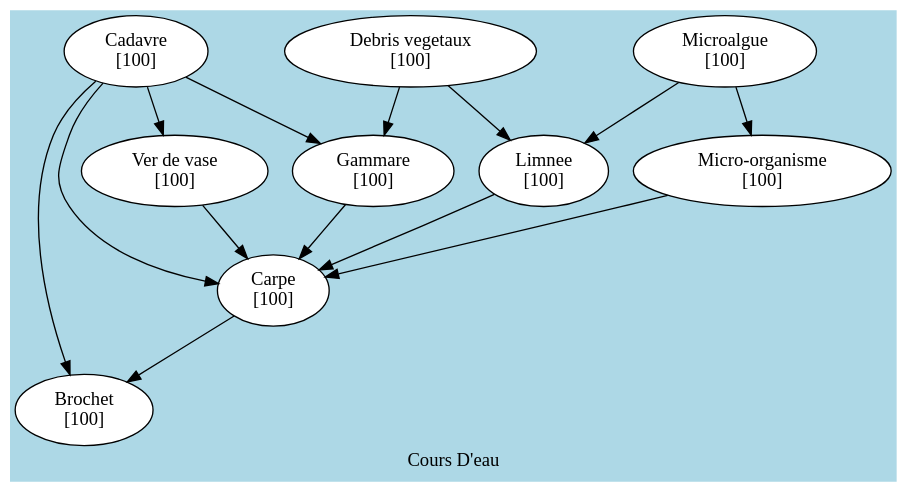
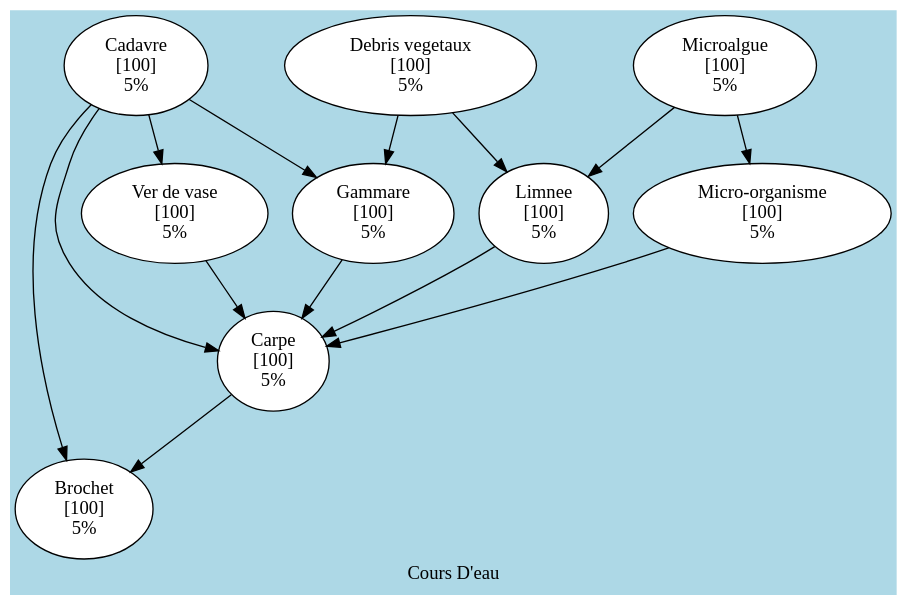
Before and after one commit to GTHBgaby/4H-ReseauxTrophiques: the diagram in GrapheDOT/cours_d_eau.dot, drawn with Graphviz. The commit also changed 3 other files, not shown here.

```diff
--- a/GrapheDOT/cours_d_eau.dot
+++ b/GrapheDOT/cours_d_eau.dot
@@ -1,45 +1,45 @@
 digraph multigraphe {
     rankdir=TB; // du haut vers le bas
     compound=true;
     newrank=true;
 
     label = "Cours D'eau"
     bgcolor = "lightblue";
     node [shape=ellipse, style=filled, fillcolor=white];
 
-    "Limnee" [label="Limnee\n[100]"]
-    "Debris vegetaux" [label="Debris vegetaux\n[100]"]
-    "Gammare" [label="Gammare\n[100]"]
-    "Micro-organisme" [label="Micro-organisme\n[100]"]
-    "Microalgue" [label="Microalgue\n[100]"]
-    "Ver de vase" [label="Ver de vase\n[100]"]
-    "Cadavre" [label="Cadavre\n[100]"]
-    "Carpe" [label="Carpe\n[100]"]
-    "Brochet" [label="Brochet\n[100]"]
+    "Limnee" [label="Limnee\n[100]\n5%"]
+    "Debris vegetaux" [label="Debris vegetaux\n[100]\n5%"]
+    "Gammare" [label="Gammare\n[100]\n5%"]
+    "Micro-organisme" [label="Micro-organisme\n[100]\n5%"]
+    "Microalgue" [label="Microalgue\n[100]\n5%"]
+    "Ver de vase" [label="Ver de vase\n[100]\n5%"]
+    "Cadavre" [label="Cadavre\n[100]\n5%"]
+    "Carpe" [label="Carpe\n[100]\n5%"]
+    "Brochet" [label="Brochet\n[100]\n5%"]
 
     "Debris vegetaux" ->"Limnee"
     "Debris vegetaux"->"Gammare"
 
      "Microalgue"->"Micro-organisme"
      "Microalgue" ->"Limnee"
 
      "Cadavre" ->"Ver de vase"
     "Cadavre" ->"Gammare"
      "Cadavre"->"Carpe"
      "Cadavre"->"Brochet"
      "Ver de vase"->"Carpe"
     "Micro-organisme"-> "Carpe"
     "Limnee"->"Carpe"
     "Gammare"->"Carpe"
 
     "Carpe"->"Brochet"
 
     {rank=same; "Debris vegetaux"}
     {rank=same; "Microalgue"}
     {rank=same; "Cadavre"}
     {rank=same; "Ver de vase"}
     {rank=same; "Micro-organisme"}
     {rank=same; "Limnee"}
     {rank=same; "Gammare"}
     {rank=same; "Brochet"}
 }
```
